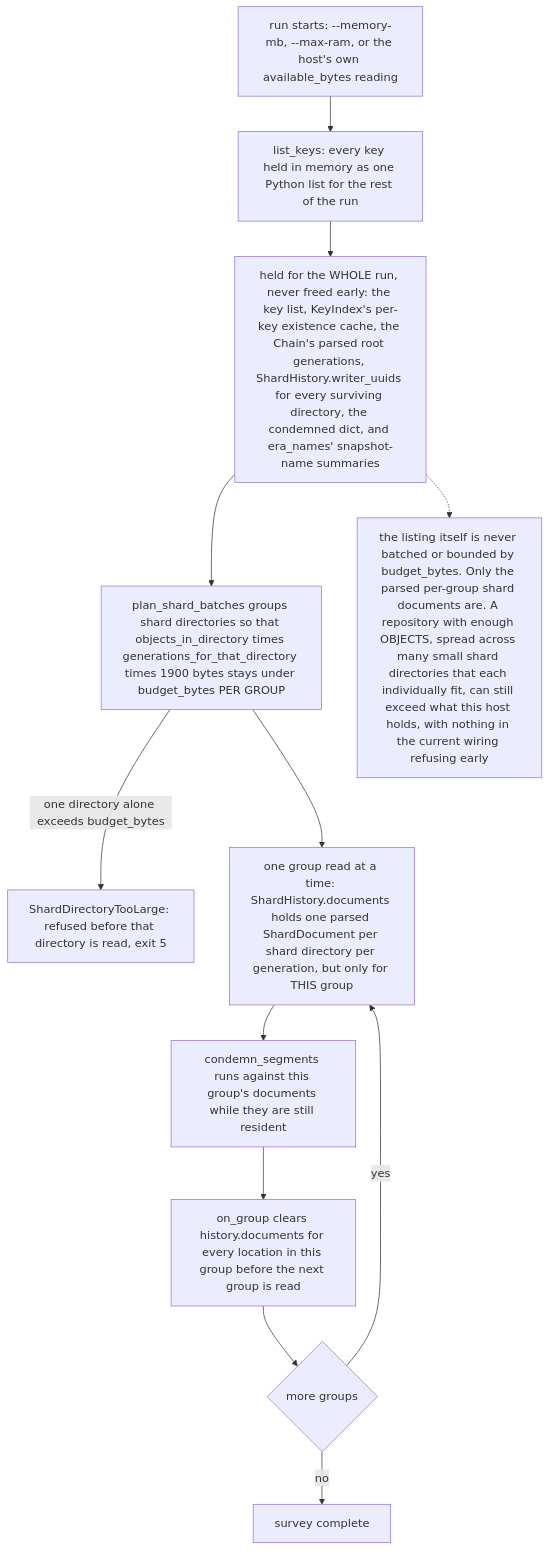
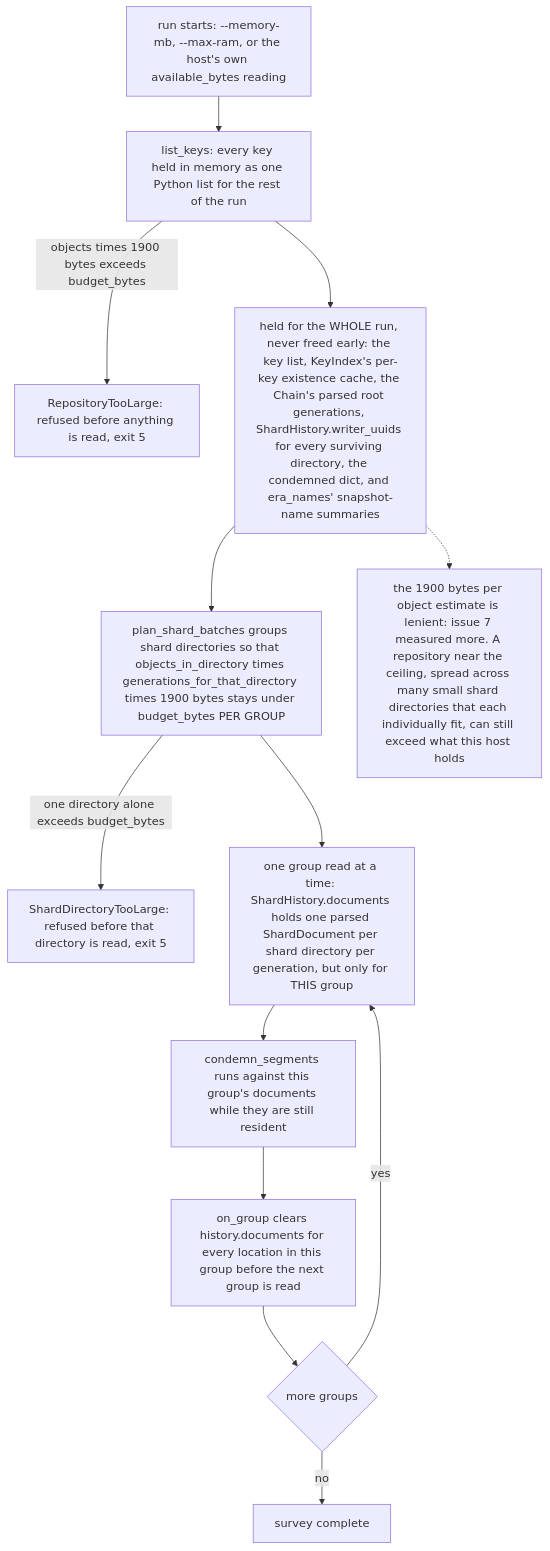
One commit to thanatostyrannos/elasticsearch-oci-s3-workaround changed diagram 13 of 14 in docs/engineering/algorithms.md. Above: the diagram before and after it, drawn with Mermaid. The commit also changed other lines of this file and 4 other files, not shown here.

First line of the commit message:
Apply the memory budget to the repository listing

````diff
--- a/docs/engineering/algorithms.md
+++ b/docs/engineering/algorithms.md
@@ -646,14 +647,15 @@
 ```mermaid
 flowchart TD
     START["run starts: --memory-mb, --max-ram, or the host's own available_bytes reading"] --> LIST["list_keys: every key held in memory as one Python list for the rest of the run"]
+    LIST -->|"objects times 1900 bytes exceeds budget_bytes"| REFL["RepositoryTooLarge: refused before anything is read, exit 5"]
     LIST --> HOLD["held for the WHOLE run, never freed early: the key list, KeyIndex's per-key existence cache, the Chain's parsed root generations, ShardHistory.writer_uuids for every surviving directory, the condemned dict, and era_names' snapshot-name summaries"]
     HOLD --> PLAN["plan_shard_batches groups shard directories so that objects_in_directory times generations_for_that_directory times 1900 bytes stays under budget_bytes PER GROUP"]
     PLAN -->|"one directory alone exceeds budget_bytes"| REF5["ShardDirectoryTooLarge: refused before that directory is read, exit 5"]
     PLAN --> GROUP["one group read at a time: ShardHistory.documents holds one parsed ShardDocument per shard directory per generation, but only for THIS group"]
     GROUP --> COND["condemn_segments runs against this group's documents while they are still resident"]
     COND --> CLEAR["on_group clears history.documents for every location in this group before the next group is read"]
     CLEAR --> NEXT{"more groups"}
     NEXT -->|"yes"| GROUP
     NEXT -->|"no"| DONE["survey complete"]
-    HOLD -.-> GAP["the listing itself is never batched or bounded by budget_bytes. Only the parsed per-group shard documents are. A repository with enough OBJECTS, spread across many small shard directories that each individually fit, can still exceed what this host holds, with nothing in the current wiring refusing early"]
+    HOLD -.-> GAP["the 1900 bytes per object estimate is lenient: issue 7 measured more. A repository near the ceiling, spread across many small shard directories that each individually fit, can still exceed what this host holds"]
 ```
````
